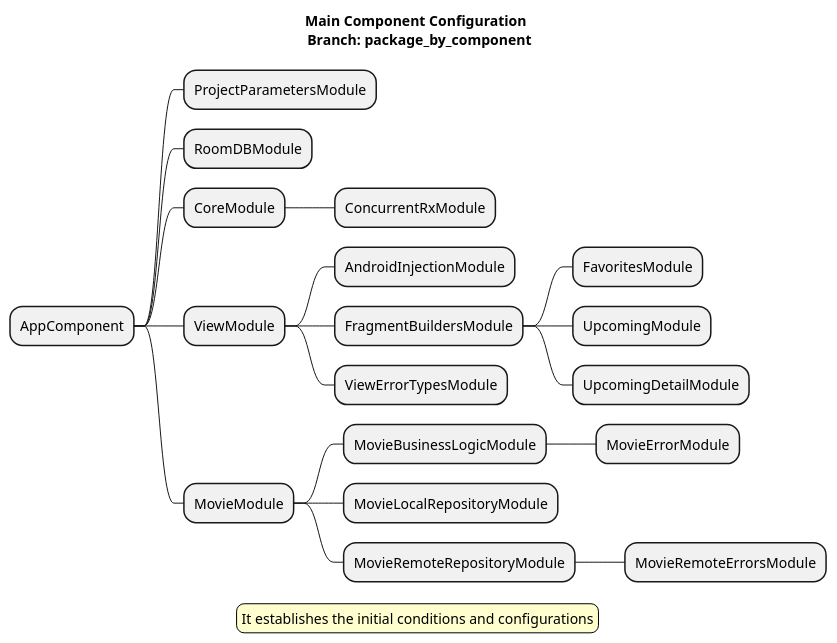
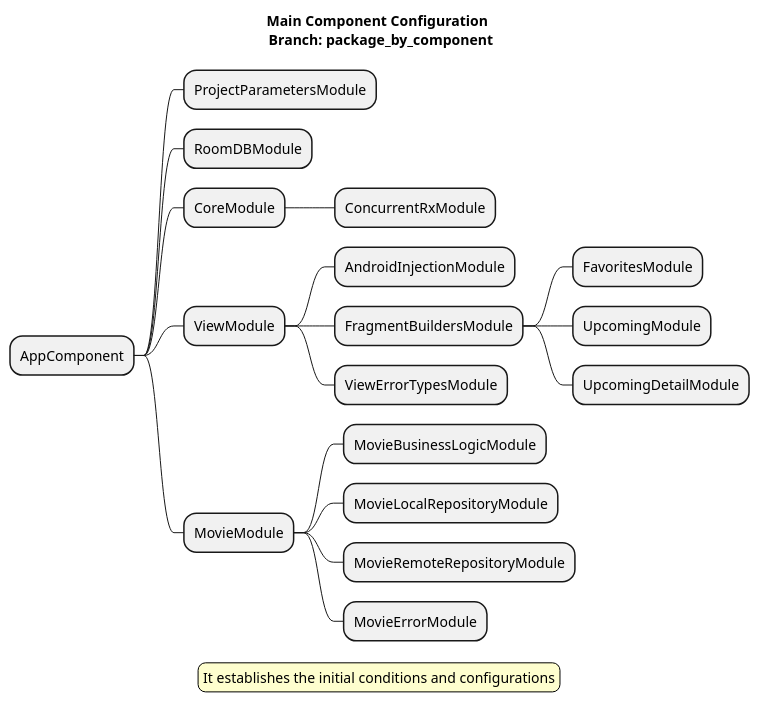
The diagram in architecture_resources/branches/byComponent/MainComponentConfiguration.puml (vanskarner/CleanMovie), drawn with PlantUML before and after one commit. The commit also changed 7 other files, not shown here.

Commit message:
diagram improvement: byComponent

```diff
--- a/architecture_resources/branches/byComponent/MainComponentConfiguration.puml
+++ b/architecture_resources/branches/byComponent/MainComponentConfiguration.puml
@@ -1,28 +1,27 @@
 @startmindmap
 
 title Main Component Configuration \n Branch: package_by_component
 * AppComponent
 ** ProjectParametersModule
 ** RoomDBModule
 ** CoreModule
 *** ConcurrentRxModule
 ** ViewModule
 *** AndroidInjectionModule
 *** FragmentBuildersModule
 **** FavoritesModule
 **** UpcomingModule
 **** UpcomingDetailModule
 *** ViewErrorTypesModule
 ** MovieModule
 *** MovieBusinessLogicModule
-**** MovieErrorModule
 *** MovieLocalRepositoryModule
 *** MovieRemoteRepositoryModule
-**** MovieRemoteErrorsModule
+*** MovieErrorModule
 
 legend
 It establishes the initial conditions and configurations
 end legend
 
 skinparam legendBackgroundColor #FEFECE
 @endmindmap
```
